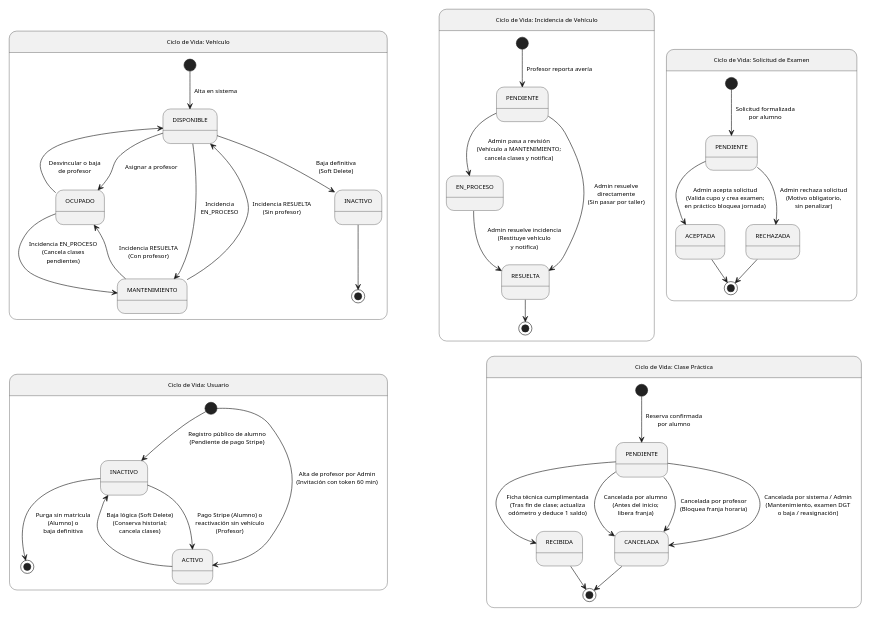
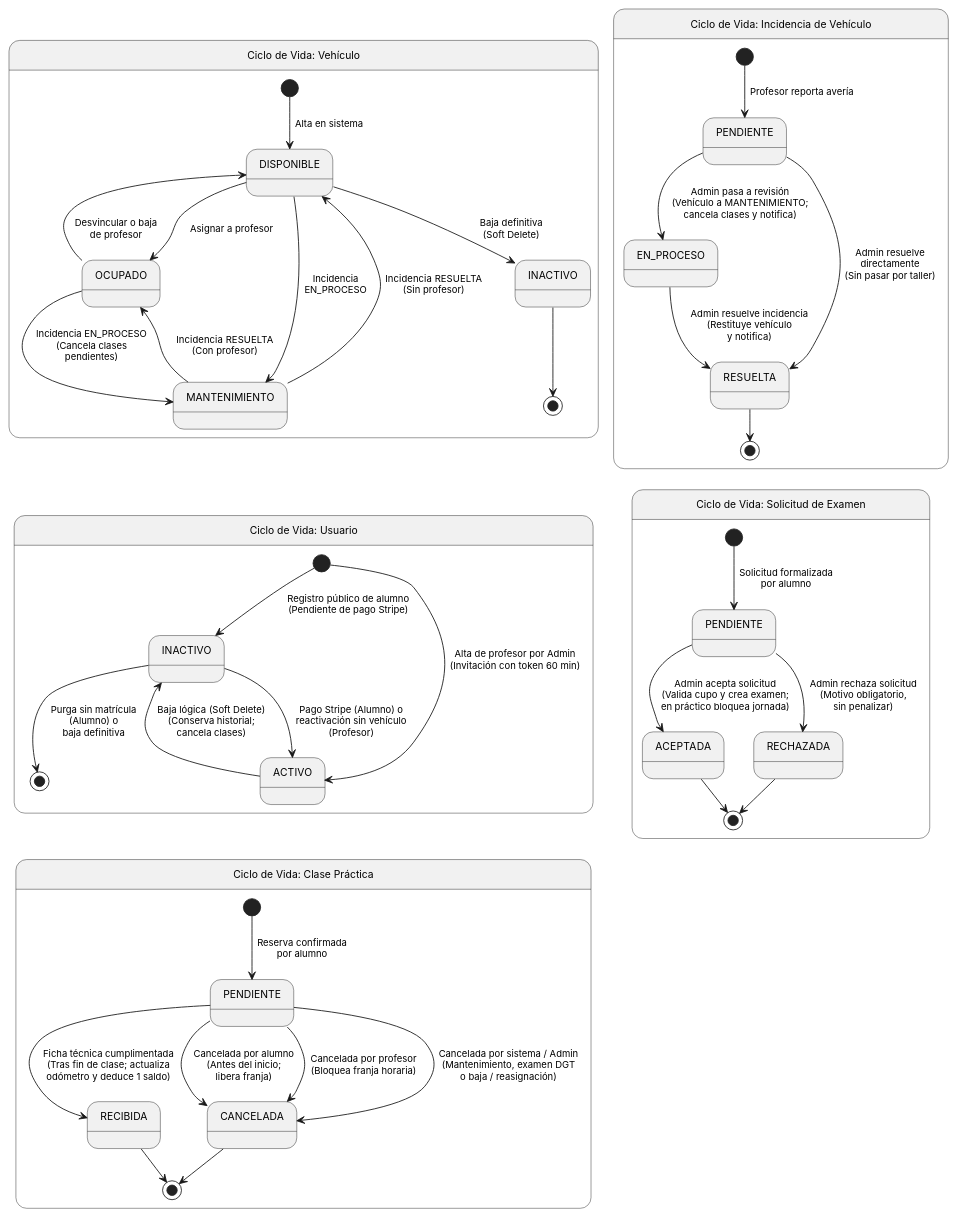
The diagram in Diagramas/Diagrama_Estados_Dominio.puml (antonioabadpro/ManDS), drawn with PlantUML before and after one commit.

Commit message:
docs: Mejoras en la visualización de los Diagramas de Estados

```diff
--- a/Diagramas/Diagrama_Estados_Dominio.puml
+++ b/Diagramas/Diagrama_Estados_Dominio.puml
@@ -1,99 +1,102 @@
 @startuml Diagrama_Estados_Dominio_v1
 ' ==============================================================================
 ' MAN-DS: DIAGRAMA DE ESTADOS DEL DOMINIO (VISTA UNIFICADA EN 2 FILAS)
 ' ==============================================================================
 
-scale max 1000 width
+' Cabecera optimizada (sin scale max para no destruir la resolución)
 skinparam shadowing false
-skinparam defaultFontSize 10
-skinparam nodesep 20
-skinparam ranksep 25
-skinparam padding 6
-skinparam wrapWidth 160
+skinparam defaultFontName "Inter", "Segoe UI", "sans-serif"
+skinparam defaultFontSize 12
+skinparam arrowFontSize 11
+skinparam nodesep 18
+skinparam ranksep 24
+skinparam padding 5
+skinparam wrapWidth 130
 
 ' --- FILA 1: GESTIÓN DE FLOTA, INCIDENCIAS Y SOLICITUDES ---
 
 state "Ciclo de Vida: Vehículo" as SecVehiculo {
     state "DISPONIBLE" as VEH_DISPONIBLE
     state "OCUPADO" as VEH_OCUPADO
     state "MANTENIMIENTO" as VEH_MANTENIMIENTO
     state "INACTIVO" as VEH_INACTIVO
 
     [*] --> VEH_DISPONIBLE : Alta en sistema
     VEH_DISPONIBLE --> VEH_OCUPADO : Asignar a profesor
     VEH_OCUPADO --> VEH_DISPONIBLE : Desvincular o baja\nde profesor
 
     VEH_DISPONIBLE --> VEH_MANTENIMIENTO : Incidencia\nEN_PROCESO
     VEH_OCUPADO --> VEH_MANTENIMIENTO : Incidencia EN_PROCESO\n(Cancela clases\npendientes)
     VEH_MANTENIMIENTO --> VEH_DISPONIBLE : Incidencia RESUELTA\n(Sin profesor)
     VEH_MANTENIMIENTO --> VEH_OCUPADO : Incidencia RESUELTA\n(Con profesor)
 
     VEH_DISPONIBLE --> VEH_INACTIVO : Baja definitiva\n(Soft Delete)
     VEH_INACTIVO --> [*]
 }
 
 state "Ciclo de Vida: Incidencia de Vehículo" as SecIncidencia {
     state "PENDIENTE" as INC_PENDIENTE
     state "EN_PROCESO" as INC_EN_PROCESO
     state "RESUELTA" as INC_RESUELTA
 
     [*] --> INC_PENDIENTE : Profesor reporta avería
 
     INC_PENDIENTE --> INC_EN_PROCESO : Admin pasa a revisión\n(Vehículo a MANTENIMIENTO;\ncancela clases y notifica)
     INC_PENDIENTE --> INC_RESUELTA : Admin resuelve\ndirectamente\n(Sin pasar por taller)
     INC_EN_PROCESO --> INC_RESUELTA : Admin resuelve incidencia\n(Restituye vehículo\ny notifica)
 
     INC_RESUELTA --> [*]
 }
 
 state "Ciclo de Vida: Solicitud de Examen" as SecSolicitud {
     state "PENDIENTE" as SOL_PENDIENTE
     state "ACEPTADA" as SOL_ACEPTADA
     state "RECHAZADA" as SOL_RECHAZADA
 
     [*] --> SOL_PENDIENTE : Solicitud formalizada\npor alumno
 
     SOL_PENDIENTE --> SOL_ACEPTADA : Admin acepta solicitud\n(Valida cupo y crea examen;\nen práctico bloquea jornada)
     SOL_PENDIENTE --> SOL_RECHAZADA : Admin rechaza solicitud\n(Motivo obligatorio,\nsin penalizar)
 
     SOL_ACEPTADA --> [*]
     SOL_RECHAZADA --> [*]
 }
 
 ' --- FILA 2: USUARIOS Y CLASES PRÁCTICAS ---
 
 state "Ciclo de Vida: Usuario" as SecUsuario {
     state "INACTIVO" as USR_INACTIVO
     state "ACTIVO" as USR_ACTIVO
 
     [*] --> USR_INACTIVO : Registro público de alumno\n(Pendiente de pago Stripe)
     [*] --> USR_ACTIVO : Alta de profesor por Admin\n(Invitación con token 60 min)
 
     USR_INACTIVO --> USR_ACTIVO : Pago Stripe (Alumno) o\nreactivación sin vehículo\n(Profesor)
     USR_ACTIVO --> USR_INACTIVO : Baja lógica (Soft Delete)\n(Conserva historial;\ncancela clases)
 
     USR_INACTIVO --> [*] : Purga sin matrícula\n(Alumno) o\nbaja definitiva
 }
 
 state "Ciclo de Vida: Clase Práctica" as SecClase {
     state "PENDIENTE" as CLASE_PENDIENTE
     state "RECIBIDA" as CLASE_RECIBIDA
     state "CANCELADA" as CLASE_CANCELADA
 
     [*] --> CLASE_PENDIENTE : Reserva confirmada\npor alumno
 
     CLASE_PENDIENTE --> CLASE_RECIBIDA : Ficha técnica cumplimentada\n(Tras fin de clase; actualiza\nodómetro y deduce 1 saldo)
     CLASE_PENDIENTE --> CLASE_CANCELADA : Cancelada por alumno\n(Antes del inicio;\nlibera franja)
     CLASE_PENDIENTE --> CLASE_CANCELADA : Cancelada por profesor\n(Bloquea franja horaria)
     CLASE_PENDIENTE --> CLASE_CANCELADA : Cancelada por sistema / Admin\n(Mantenimiento, examen DGT\no baja / reasignación)
 
     CLASE_RECIBIDA --> [*]
     CLASE_CANCELADA --> [*]
 }
 
-' Disposición estructural en 2 filas equilibradas (3 arriba / 2 abajo alineadas a la izquierda)
+' Disposición en 2 columnas para reducir el ancho total y maximizar lectura
+SecVehiculo -[hidden]right-> SecIncidencia
 SecVehiculo -[hidden]down-> SecUsuario
-SecIncidencia -[hidden]down-> SecClase
-SecSolicitud -[hidden]down-> SecClase
+SecIncidencia -[hidden]down-> SecSolicitud
+SecUsuario -[hidden]down-> SecClase
 
 @enduml
```
